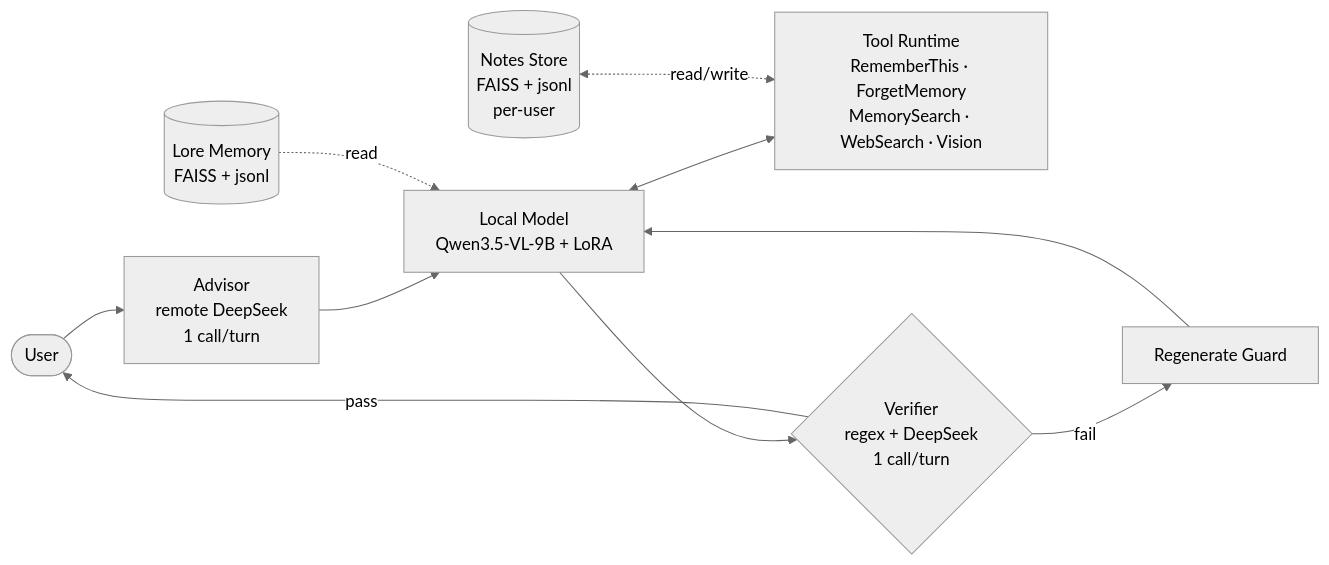
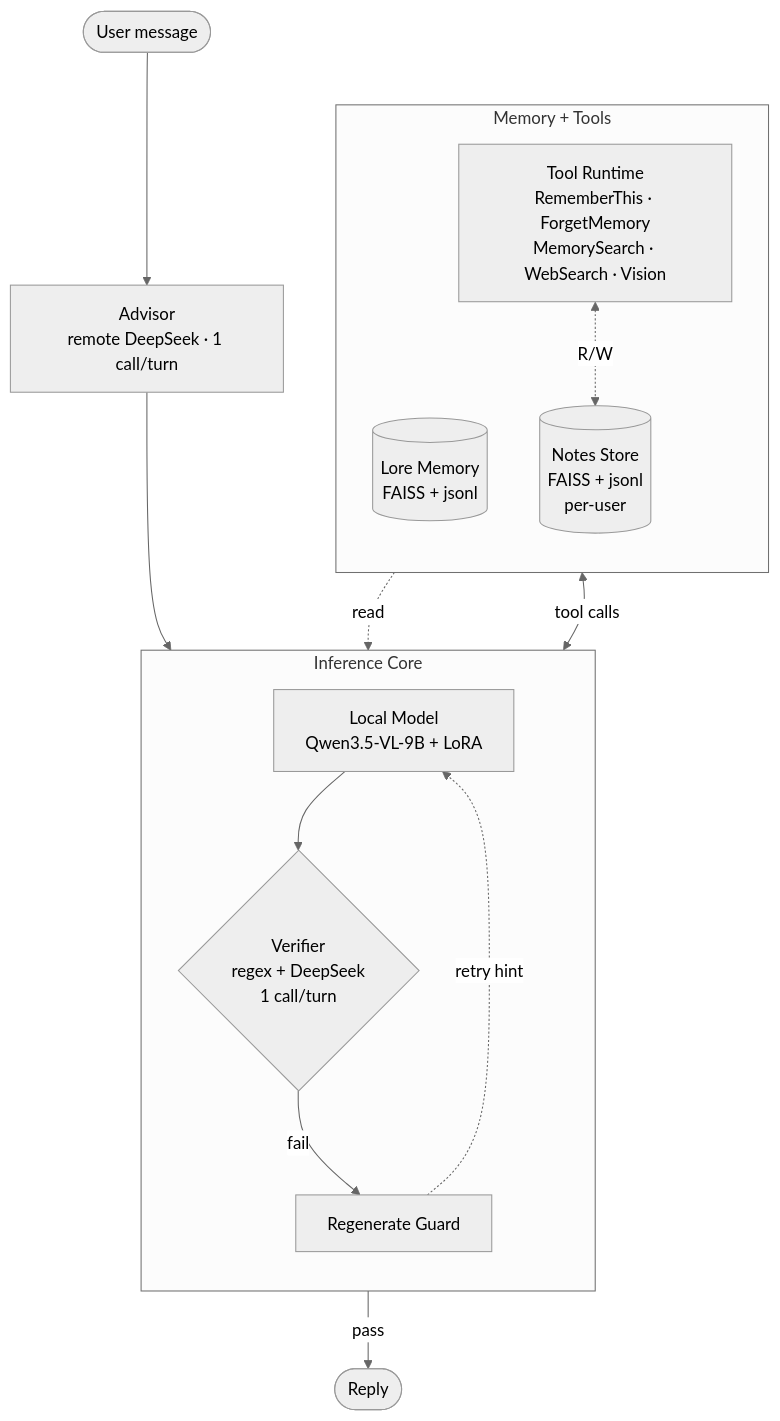
One commit to suixin7777/Eva changed the diagram in README.md. Above: the diagram before and after it, drawn with Mermaid (neutral theme).

Commit message:
Cleaner architecture diagram (TB layout + subgraphs, no edge crossings)

````diff
--- a/README.md
+++ b/README.md
@@ -9,14 +9,30 @@
 ```mermaid
-flowchart LR
-    U([User]) --> ADV
-    ADV[Advisor<br/>remote DeepSeek<br/>1 call/turn]
+flowchart TB
+    U([User message])
+    OUT([Reply])
+
+    U --> ADV[Advisor<br/>remote DeepSeek · 1 call/turn]
+
+    subgraph Core["Inference Core"]
+        direction TB
+        LM[Local Model<br/>Qwen3.5-VL-9B + LoRA]
+        V{Verifier<br/>regex + DeepSeek<br/>1 call/turn}
+        RG[Regenerate Guard]
+        LM --> V
+        V -->|fail| RG
+        RG -.retry hint.-> LM
+    end
+
+    subgraph Mem["Memory + Tools"]
+        direction TB
+        LORE[(Lore Memory<br/>FAISS + jsonl)]
+        T[Tool Runtime<br/>RememberThis · ForgetMemory<br/>MemorySearch · WebSearch · Vision]
+        NOTES[(Notes Store<br/>FAISS + jsonl<br/>per-user)]
+        T <-.R/W.-> NOTES
+    end
+
     ADV --> LM
-    LM[Local Model<br/>Qwen3.5-VL-9B + LoRA]
-    LM <--> T[Tool Runtime<br/>RememberThis · ForgetMemory<br/>MemorySearch · WebSearch · Vision]
-    LM --> V{Verifier<br/>regex + DeepSeek<br/>1 call/turn}
-    V -- pass --> U
-    V -- fail --> RG[Regenerate Guard]
-    RG --> LM
-    LORE[(Lore Memory<br/>FAISS + jsonl)] -. read .-> LM
-    NOTES[(Notes Store<br/>FAISS + jsonl<br/>per-user)] <-. read/write .-> T
+    V -->|pass| OUT
+    LORE -.read.-> LM
+    LM <-->|tool calls| T
 ```
````
